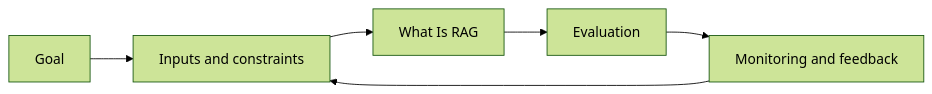
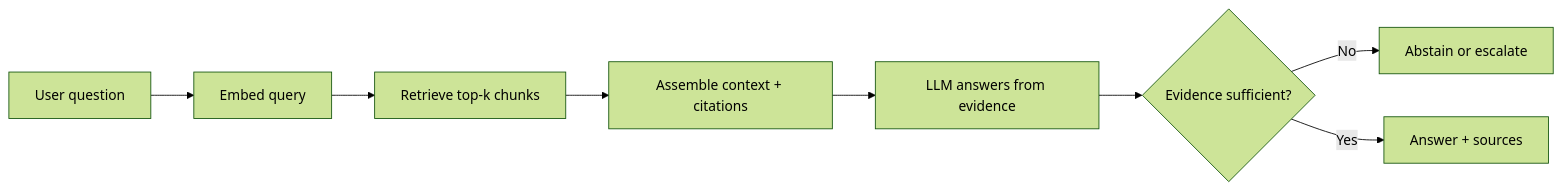
One commit to Icon1cc/Machine-Learning changed the diagram in rag/01-what-is-rag.md. Above: the diagram before and after it, drawn with Mermaid (forest theme). The commit also changed other lines of this file and 118 other files, not shown here.

````diff
--- a/rag/01-what-is-rag.md
+++ b/rag/01-what-is-rag.md
@@ -93,8 +85,10 @@
 ```mermaid
 flowchart LR
-    A[Goal] --> B[Inputs and constraints]
-    B --> C[What Is RAG]
-    C --> D[Evaluation]
-    D --> E[Monitoring and feedback]
-    E --> B
+    A[User question] --> B[Embed query]
+    B --> C[Retrieve top-k chunks]
+    C --> D[Assemble context + citations]
+    D --> E[LLM answers from evidence]
+    E --> F{Evidence sufficient?}
+    F -- No --> G[Abstain or escalate]
+    F -- Yes --> H[Answer + sources]
 ```
````
